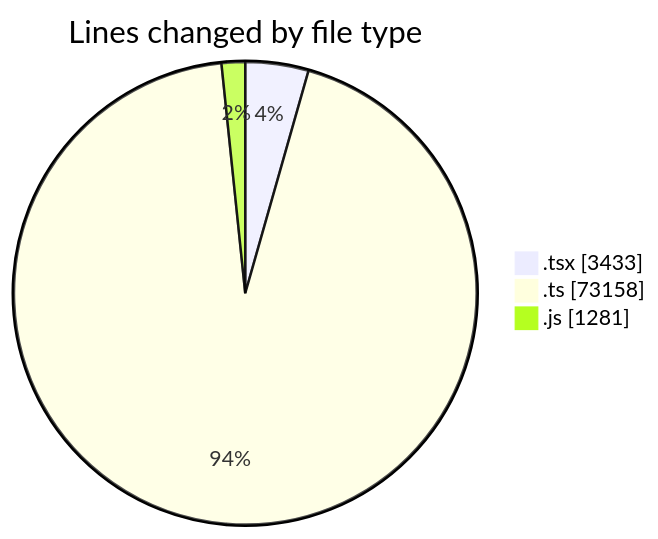
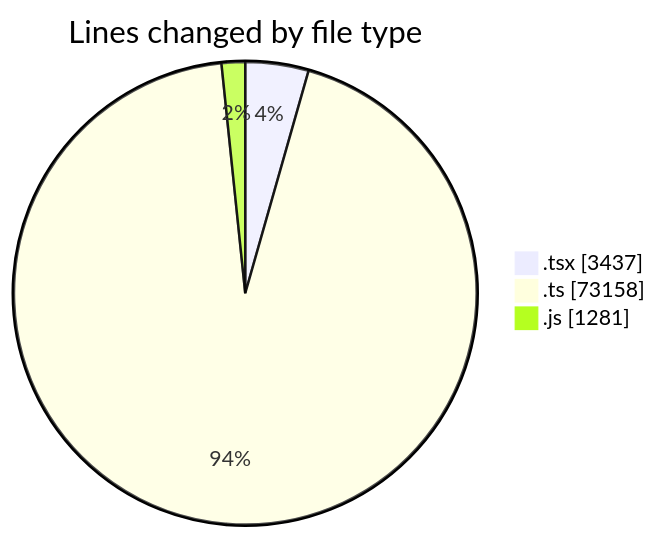
Before and after one commit to momahboobian/code-tracking: the first of 2 diagrams in 2026-11-09/cda/README.md, drawn with Mermaid. The commit also changed other lines of this file and 1 other file, not shown here.

````diff
--- a/2026-11-09/cda/README.md
+++ b/2026-11-09/cda/README.md
@@ -54,7 +54,7 @@
 ```mermaid
 pie showData
 title Lines changed by file type
-".tsx" : 3433
+".tsx" : 3437
 ".ts" : 73158
 ".js" : 1281
 ```
````
